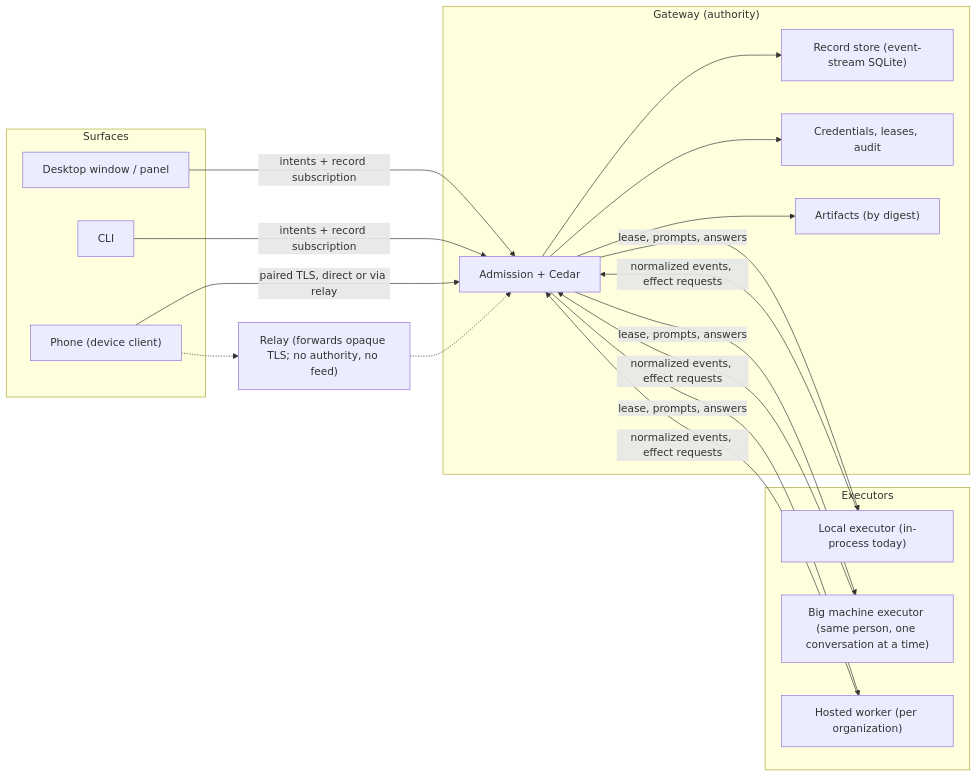
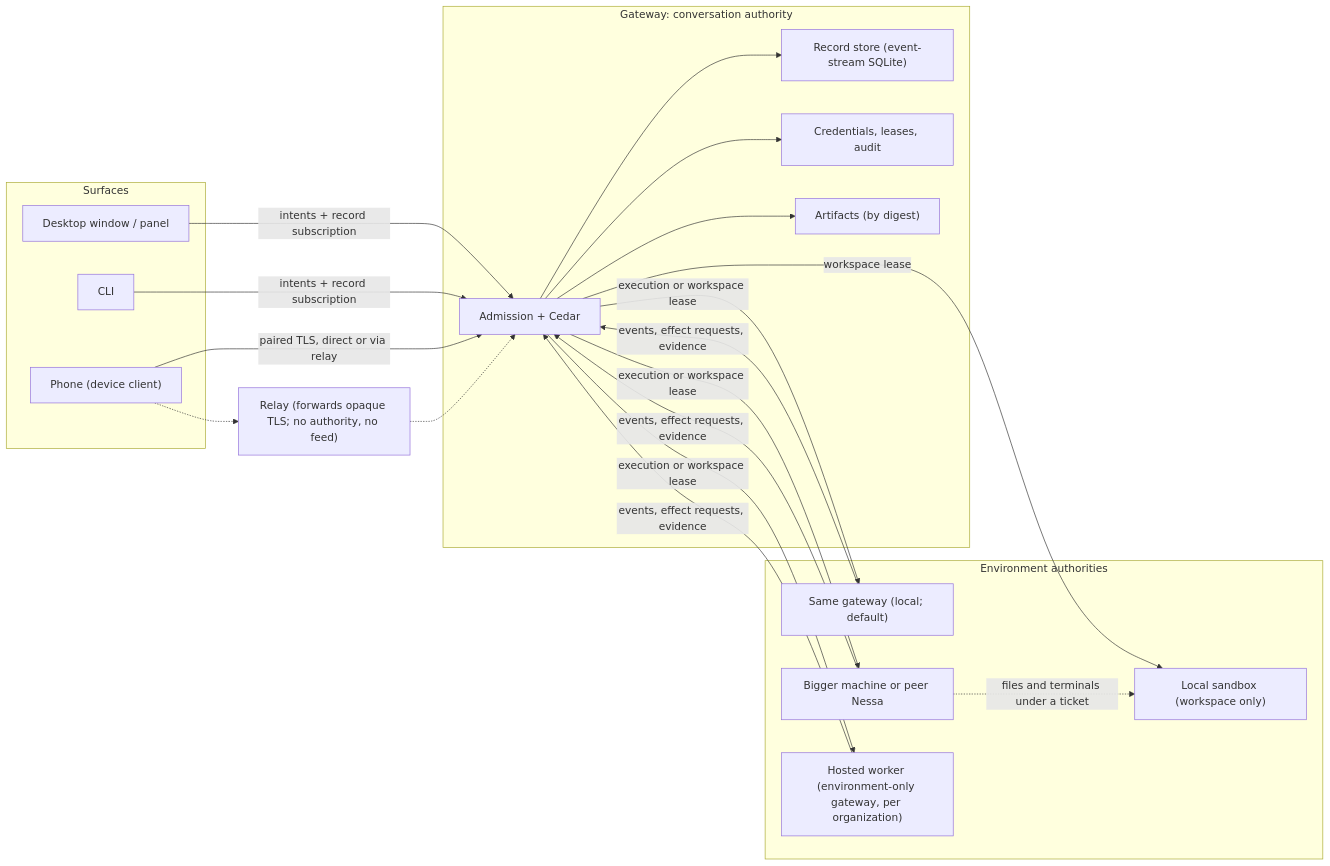
The diagram in docs/design/runtime-architecture.md (nessalabs/nessa-agent), drawn with Mermaid before and after one commit. The commit also changed other lines of this file and 3 other files, not shown here.

First line of the commit message:
docs: two authorities, two lease kinds, peer gateways (#252)

````diff
--- a/docs/design/runtime-architecture.md
+++ b/docs/design/runtime-architecture.md
@@ -31,33 +38,36 @@
 ```mermaid
 flowchart LR
     subgraph Surfaces
         D["Desktop window / panel"]
         C["CLI"]
         P["Phone (device client)"]
     end
-    subgraph Authority["Gateway (authority)"]
+    subgraph CA["Gateway: conversation authority"]
         A["Admission + Cedar"]
         R["Record store (event-stream SQLite)"]
         K["Credentials, leases, audit"]
         F["Artifacts (by digest)"]
     end
-    subgraph Executors
-        L["Local executor (in-process today)"]
-        H["Big machine executor (same person, one conversation at a time)"]
-        W["Hosted worker (per organization)"]
+    subgraph EAs["Environment authorities"]
+        L["Same gateway (local; default)"]
+        H["Bigger machine or peer Nessa"]
+        W["Hosted worker (environment-only gateway, per organization)"]
+        S["Local sandbox (workspace only)"]
     end
     D -- "intents + record subscription" --> A
     C -- "intents + record subscription" --> A
     P -- "paired TLS, direct or via relay" --> A
     A --> R
     A --> K
     A --> F
-    A -- "lease, prompts, answers" --> L
-    A -- "lease, prompts, answers" --> H
-    A -- "lease, prompts, answers" --> W
-    L -- "normalized events, effect requests" --> A
-    H -- "normalized events, effect requests" --> A
-    W -- "normalized events, effect requests" --> A
+    A -- "execution or workspace lease" --> L
+    A -- "execution or workspace lease" --> H
+    A -- "execution or workspace lease" --> W
+    A -- "workspace lease" --> S
+    L -- "events, effect requests, evidence" --> A
+    H -- "events, effect requests, evidence" --> A
+    W -- "events, effect requests, evidence" --> A
+    H -. "files and terminals under a ticket" .-> S
     Y["Relay (forwards opaque TLS; no authority, no feed)"] -.-> A
     P -.-> Y
 ```
````
